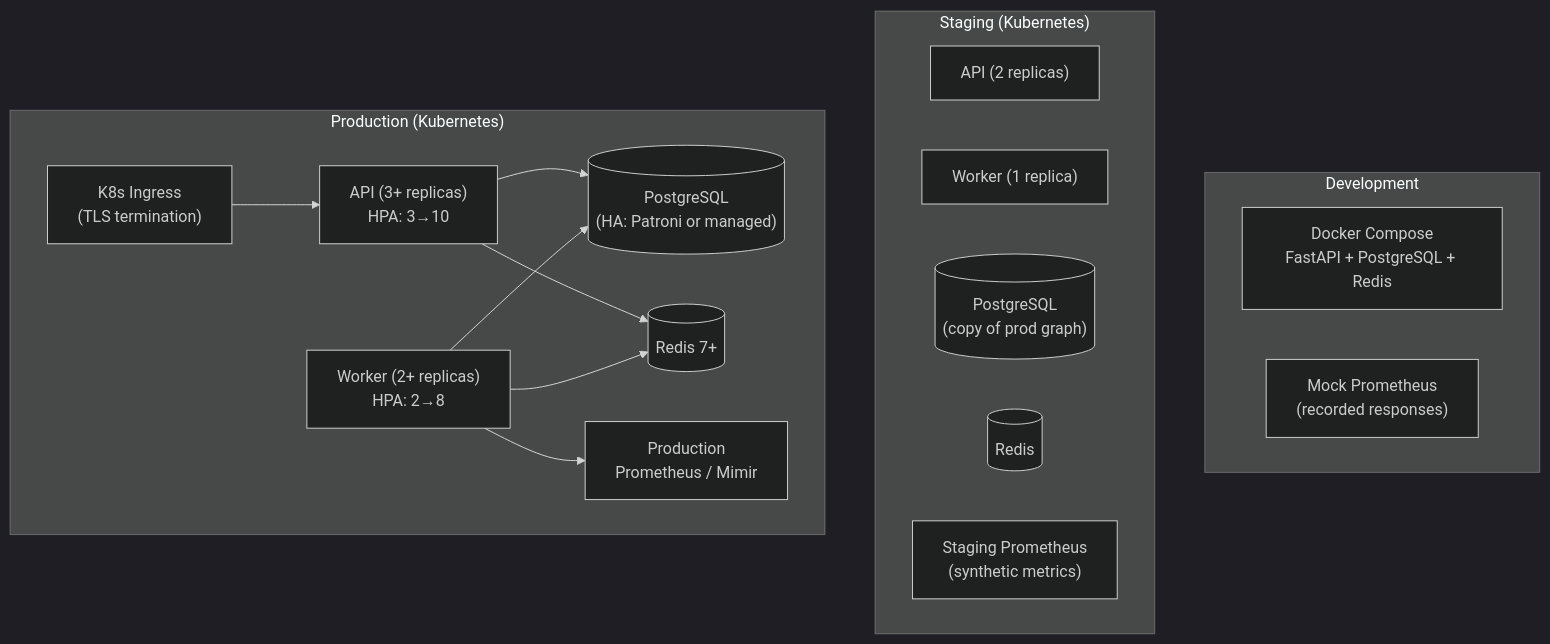
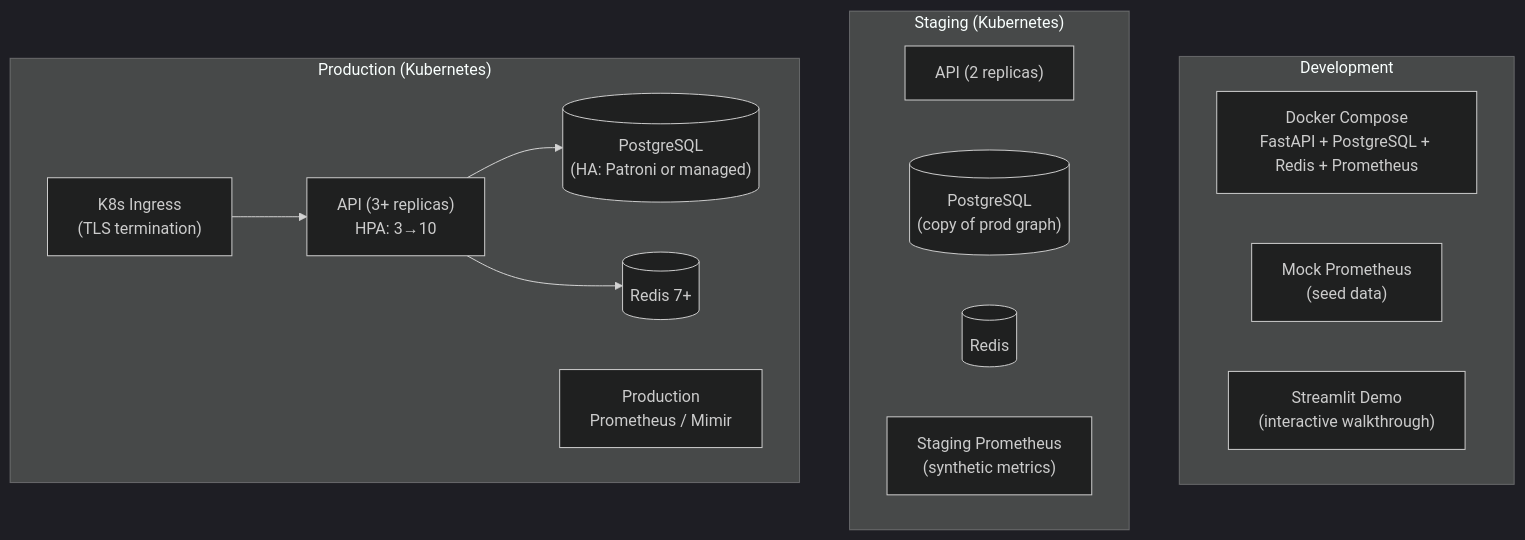
The eighth of 8 diagrams in docs/2_architecture/system_design.md (anant-gupta-utexas/slo-recommendation-engine), drawn with Mermaid (dark theme) before and after one commit. The commit also changed other lines of this file, not shown here.

````diff
--- a/docs/2_architecture/system_design.md
+++ b/docs/2_architecture/system_design.md
@@ -578,28 +741,26 @@
 ```mermaid
 graph TB
     subgraph DEV["Development"]
-        DEV_COMPOSE["Docker Compose<br/>FastAPI + PostgreSQL + Redis"]
-        DEV_MOCK["Mock Prometheus<br/>(recorded responses)"]
+        DEV_COMPOSE["Docker Compose<br/>FastAPI + PostgreSQL + Redis + Prometheus"]
+        DEV_MOCK["Mock Prometheus<br/>(seed data)"]
+        DEV_STREAMLIT["Streamlit Demo<br/>(interactive walkthrough)"]
     end
 
     subgraph STAGING["Staging (Kubernetes)"]
         STG_API["API (2 replicas)"]
-        STG_WORKER["Worker (1 replica)"]
         STG_PG[("PostgreSQL<br/>(copy of prod graph)")]
         STG_REDIS[("Redis")]
         STG_PROM["Staging Prometheus<br/>(synthetic metrics)"]
     end
 
     subgraph PROD["Production (Kubernetes)"]
         PROD_INGRESS["K8s Ingress<br/>(TLS termination)"]
         PROD_API["API (3+ replicas)<br/>HPA: 3→10"]
-        PROD_WORKER["Worker (2+ replicas)<br/>HPA: 2→8"]
         PROD_PG[("PostgreSQL<br/>(HA: Patroni or managed)")]
         PROD_REDIS[("Redis 7+")]
         PROD_PROM["Production<br/>Prometheus / Mimir"]
     end
 
     PROD_INGRESS --> PROD_API
     PROD_API --> PROD_PG & PROD_REDIS
-    PROD_WORKER --> PROD_PG & PROD_REDIS & PROD_PROM
 ```
````
